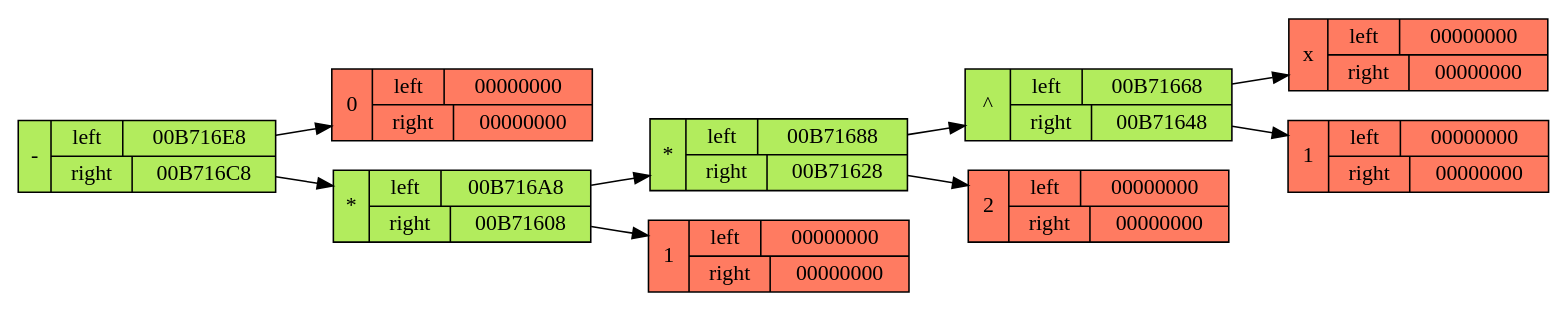
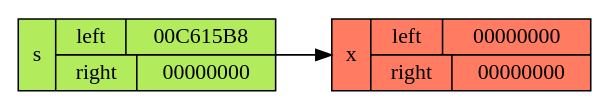
Before and after one commit to 4locker4/Differentiator: the diagram in logs/DiffGraphDump.dot, drawn with Graphviz. The commit also changed 25 other files, not shown here.

```diff
--- a/logs/DiffGraphDump.dot
+++ b/logs/DiffGraphDump.dot
@@ -1,31 +1,10 @@
 digraph differentiator{
 	rankdir=LR;
 	bgcolor="#FFFFFF";	node[color="black", fontsize=14];
 	fixedsize=true;
-	Q00B71708[style=filled, shape=record, fillcolor="#B2EC5D", width=2, label ="{- | {{left | 00B716E8} | {right | 00B716C8}}}" ]
-	Q00B716E8[style=filled, shape=record, fillcolor="#FF7B61", width=2, label ="{0 | {{left | 00000000} | {right | 00000000}}}" ]
+	Q00C615D8[style=filled, shape=record, fillcolor="#B2EC5D", width=2, label ="{s | {{left | 00C615B8} | {right | 00000000}}}" ]
+	Q00C615B8[style=filled, shape=record, fillcolor="#FF7B61", width=2, label ="{x | {{left | 00000000} | {right | 00000000}}}" ]
 
-	Q00B716C8[style=filled, shape=record, fillcolor="#B2EC5D", width=2, label ="{* | {{left | 00B716A8} | {right | 00B71608}}}" ]
-	Q00B716A8[style=filled, shape=record, fillcolor="#B2EC5D", width=2, label ="{* | {{left | 00B71688} | {right | 00B71628}}}" ]
-	Q00B71688[style=filled, shape=record, fillcolor="#B2EC5D", width=2, label ="{^ | {{left | 00B71668} | {right | 00B71648}}}" ]
-	Q00B71668[style=filled, shape=record, fillcolor="#FF7B61", width=2, label ="{x | {{left | 00000000} | {right | 00000000}}}" ]
-
-	Q00B71648[style=filled, shape=record, fillcolor="#FF7B61", width=2, label ="{1 | {{left | 00000000} | {right | 00000000}}}" ]
-
-	Q00B71688 -> Q00B71668
-	Q00B71688 -> Q00B71648
-
-	Q00B71628[style=filled, shape=record, fillcolor="#FF7B61", width=2, label ="{2 | {{left | 00000000} | {right | 00000000}}}" ]
-
-	Q00B716A8 -> Q00B71688
-	Q00B716A8 -> Q00B71628
-
-	Q00B71608[style=filled, shape=record, fillcolor="#FF7B61", width=2, label ="{1 | {{left | 00000000} | {right | 00000000}}}" ]
-
-	Q00B716C8 -> Q00B716A8
-	Q00B716C8 -> Q00B71608
-
-	Q00B71708 -> Q00B716E8
-	Q00B71708 -> Q00B716C8
+	Q00C615D8 -> Q00C615B8
 
 }
```
